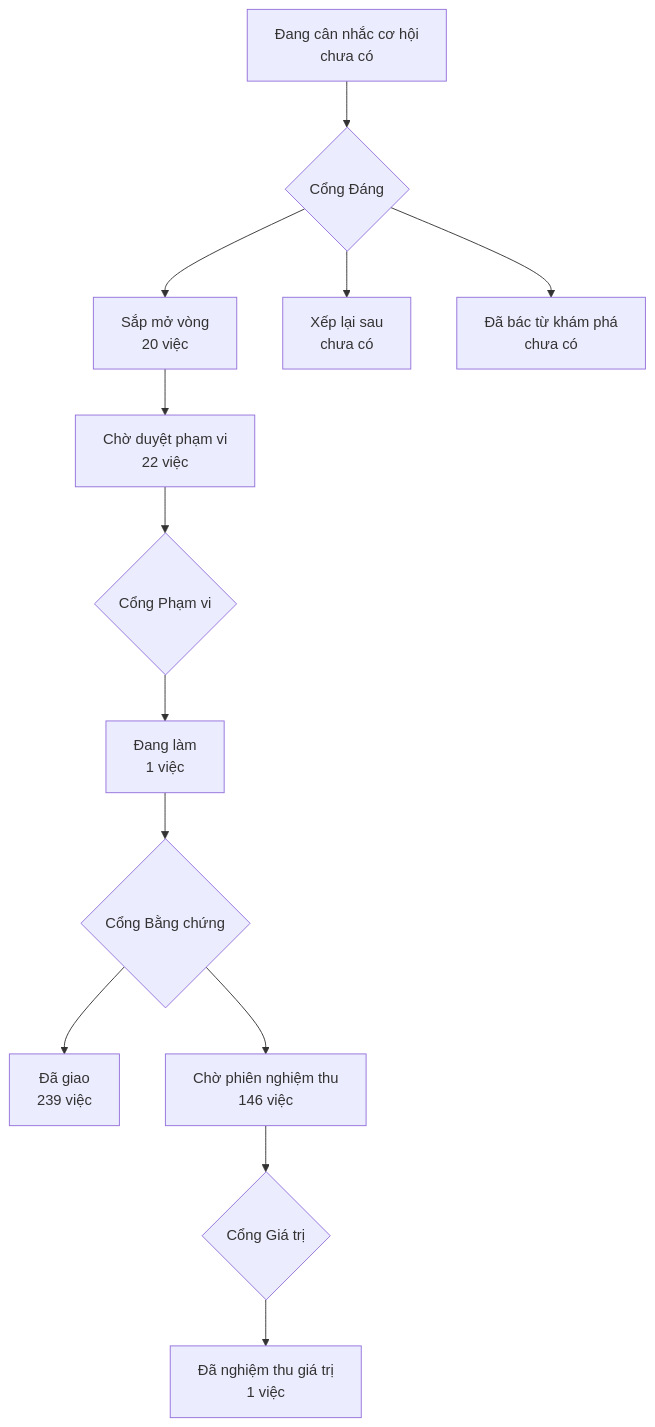
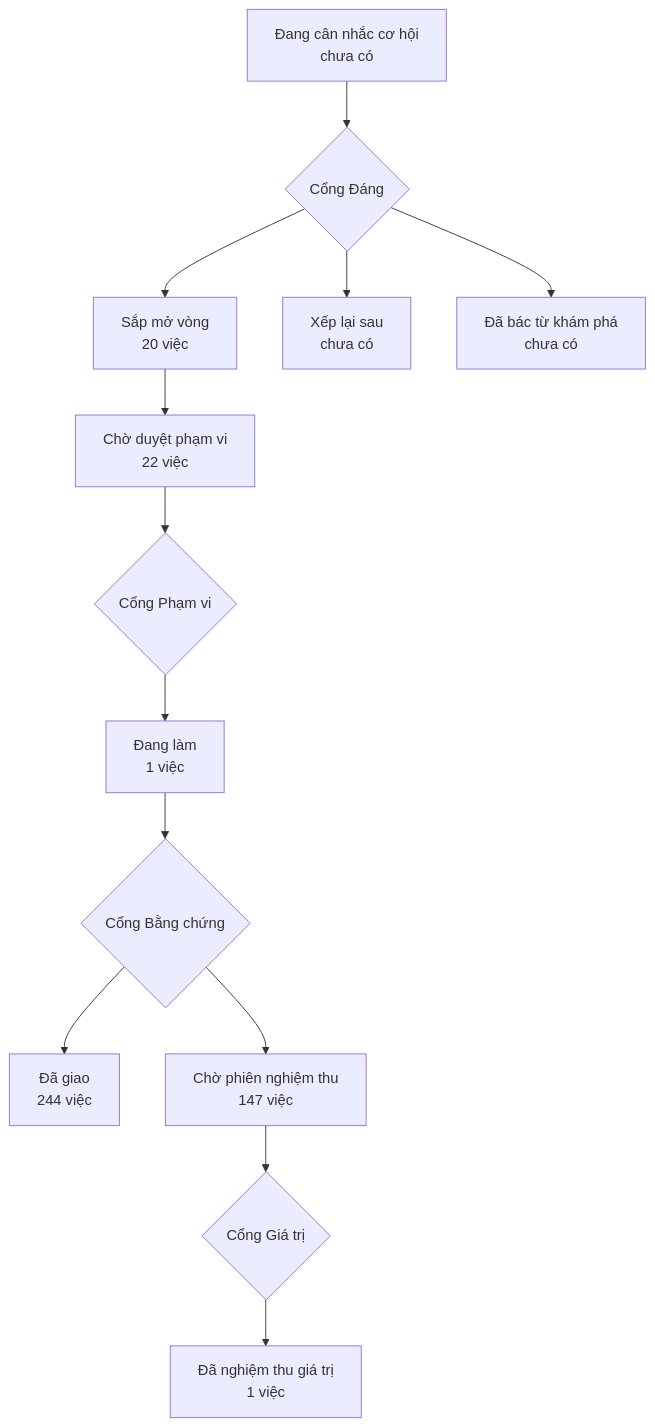
The diagram in PRODUCT-MAP.md (phanlemanh/onehub-invest), drawn with Mermaid before and after one commit. The commit also changed other lines of this file and 1 other file, not shown here.

````diff
--- a/PRODUCT-MAP.md
+++ b/PRODUCT-MAP.md
@@ -7,12 +7,12 @@
 ```mermaid
 flowchart TD
   A["Đang cân nhắc cơ hội<br/>chưa có"] --> GD{"Cổng Đáng"}
   GD --> B["Sắp mở vòng<br/>20 việc"]
   GD --> XL["Xếp lại sau<br/>chưa có"]
   GD --> DB["Đã bác từ khám phá<br/>chưa có"]
   B --> CD["Chờ duyệt phạm vi<br/>22 việc"] --> GP{"Cổng Phạm vi"}
   GP --> DL["Đang làm<br/>1 việc"] --> GB{"Cổng Bằng chứng"}
-  GB --> DG["Đã giao<br/>239 việc"]
-  GB --> CN["Chờ phiên nghiệm thu<br/>146 việc"] --> GG{"Cổng Giá trị"}
+  GB --> DG["Đã giao<br/>244 việc"]
+  GB --> CN["Chờ phiên nghiệm thu<br/>147 việc"] --> GG{"Cổng Giá trị"}
   GG --> NT["Đã nghiệm thu giá trị<br/>1 việc"]
 ```
````
